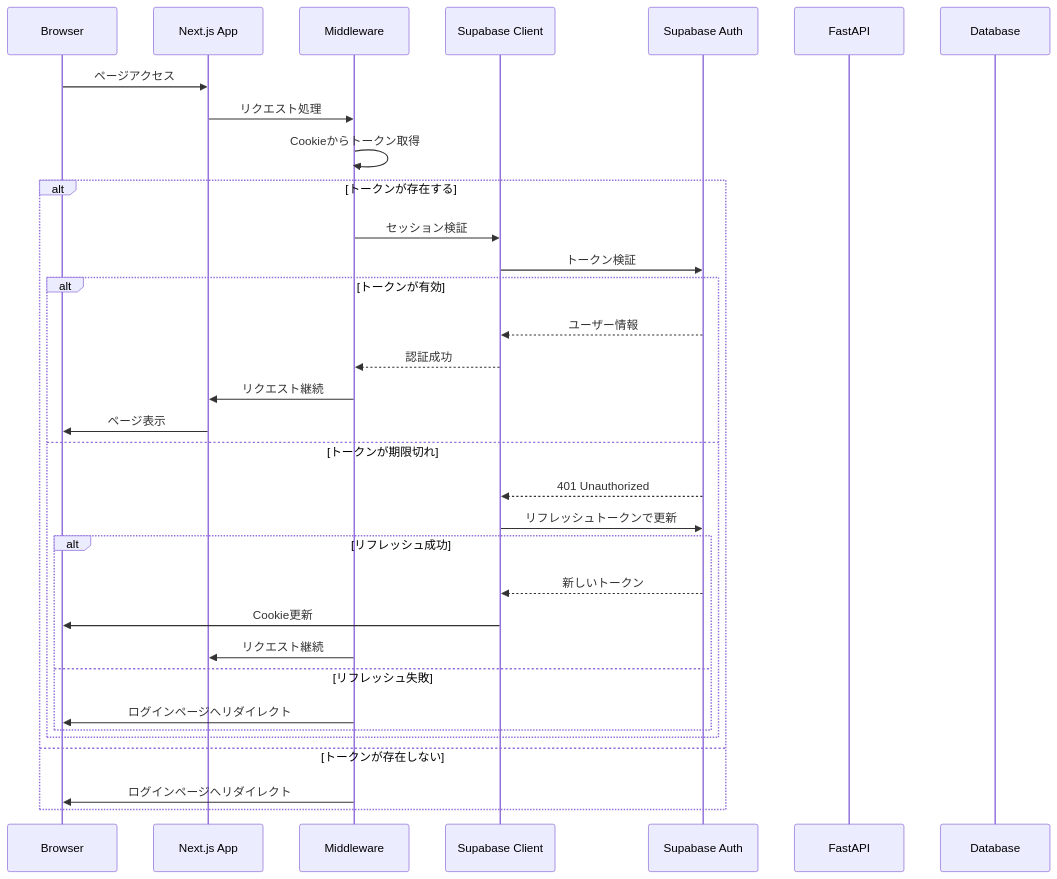
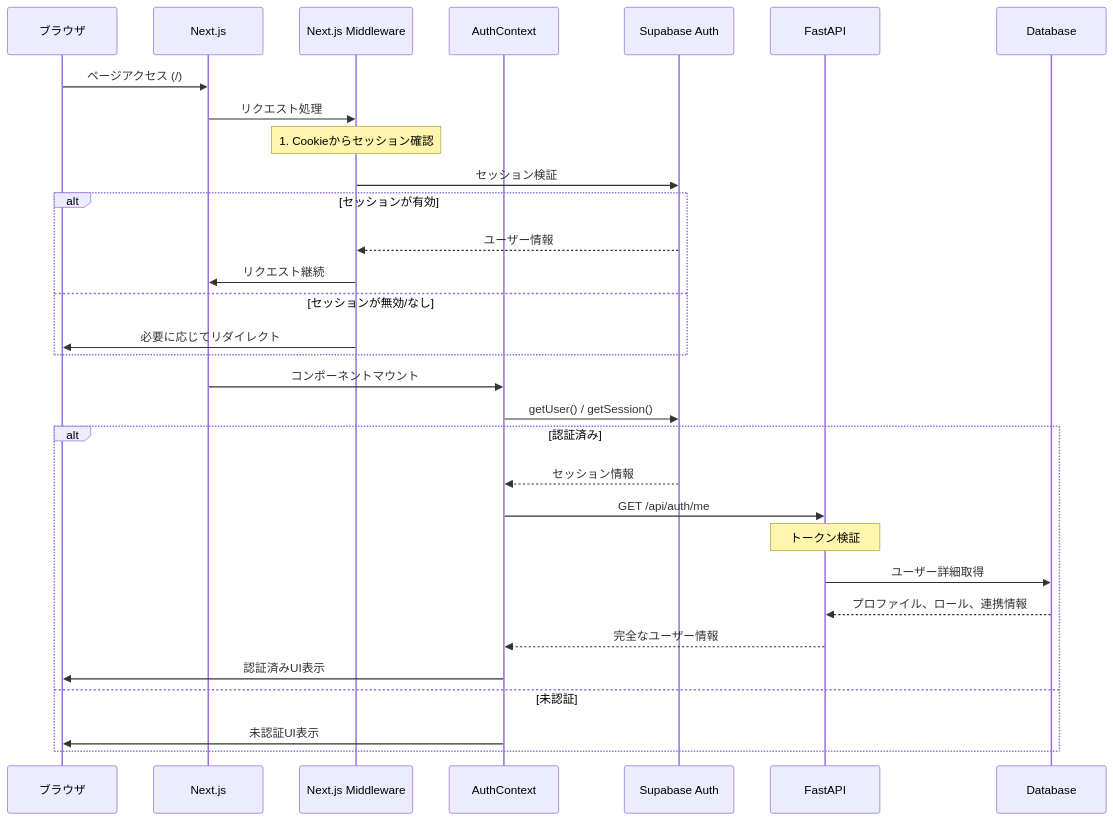
Before and after one commit to GenkiKishikawa/goshuin-app: the third of 3 diagrams in documents/機能設計/認証設計.md, drawn with Mermaid. The commit also changed other lines of this file and 1 other file, not shown here.

Commit message:
Doc: 認証設計のドキュメント追加

````diff
--- a/documents/機能設計/認証設計.md
+++ b/documents/機能設計/認証設計.md
@@ -87,38 +96,37 @@
 ```mermaid
 sequenceDiagram
-    participant Browser
-    participant Next.js App
-    participant Middleware
-    participant Supabase Client
-    participant Supabase Auth
-    participant FastAPI
-    participant Database
+    participant Browser as ブラウザ
+    participant NextJS as Next.js
+    participant Middleware as Next.js Middleware
+    participant AuthContext as AuthContext
+    participant Supabase as Supabase Auth
+    participant FastAPI as FastAPI
+    participant DB as Database
 
-    Browser->>Next.js App: ページアクセス
-    Next.js App->>Middleware: リクエスト処理
-    Middleware->>Middleware: Cookieからトークン取得
+    Browser->>NextJS: ページアクセス (/)
+    NextJS->>Middleware: リクエスト処理
     
-    alt トークンが存在する
-        Middleware->>Supabase Client: セッション検証
-        Supabase Client->>Supabase Auth: トークン検証
-        
-        alt トークンが有効
-            Supabase Auth-->>Supabase Client: ユーザー情報
-            Supabase Client-->>Middleware: 認証成功
-            Middleware->>Next.js App: リクエスト継続
-            Next.js App->>Browser: ページ表示
-        else トークンが期限切れ
-            Supabase Auth-->>Supabase Client: 401 Unauthorized
-            Supabase Client->>Supabase Auth: リフレッシュトークンで更新
-            alt リフレッシュ成功
-                Supabase Auth-->>Supabase Client: 新しいトークン
-                Supabase Client->>Browser: Cookie更新
-                Middleware->>Next.js App: リクエスト継続
-            else リフレッシュ失敗
-                Middleware->>Browser: ログインページへリダイレクト
-            end
-        end
-    else トークンが存在しない
-        Middleware->>Browser: ログインページへリダイレクト
+    Note over Middleware: 1. Cookieからセッション確認
+    Middleware->>Supabase: セッション検証
+    alt セッションが有効
+        Supabase-->>Middleware: ユーザー情報
+        Middleware->>NextJS: リクエスト継続
+    else セッションが無効/なし
+        Middleware->>Browser: 必要に応じてリダイレクト
+    end
+    
+    NextJS->>AuthContext: コンポーネントマウント
+    AuthContext->>Supabase: getUser() / getSession()
+    
+    alt 認証済み
+        Supabase-->>AuthContext: セッション情報
+        AuthContext->>FastAPI: GET /api/auth/me
+        Note over FastAPI: トークン検証
+        FastAPI->>DB: ユーザー詳細取得
+        DB-->>FastAPI: プロファイル、ロール、連携情報
+        FastAPI-->>AuthContext: 完全なユーザー情報
+        AuthContext->>Browser: 認証済みUI表示
+    else 未認証
+        AuthContext->>Browser: 未認証UI表示
     end
 ```
````
